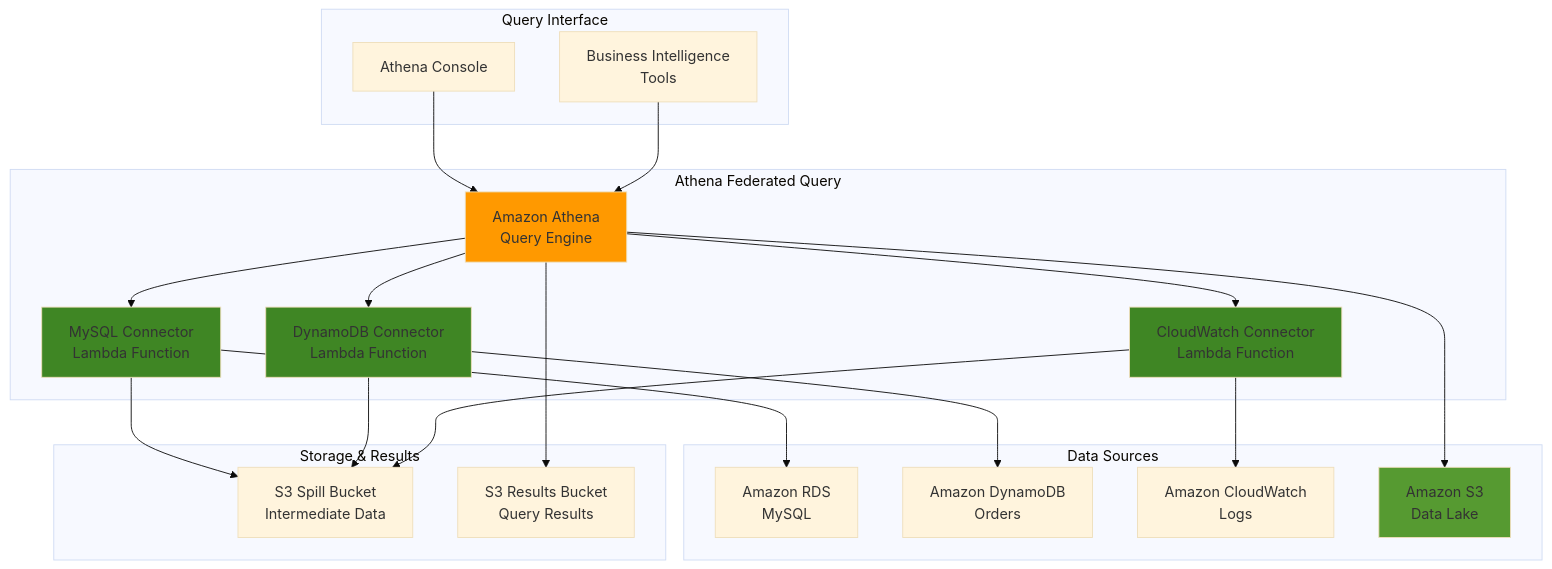
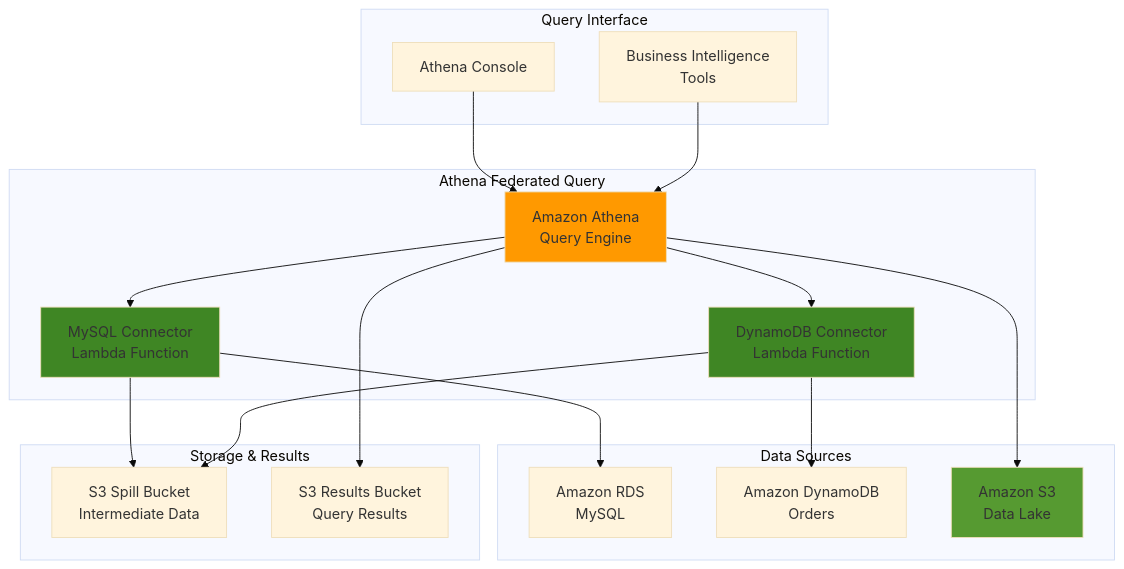
The diagram in aws/querying-data-across-sources-with-athena/querying-data-across-sources-with-athena.md (mzazon/awesome-cloud-projects), drawn with Mermaid (base theme) before and after one commit. The commit also changed other lines of this file and 5581 other files, not shown here.

````diff
--- a/aws/querying-data-across-sources-with-athena/querying-data-across-sources-with-athena.md
+++ b/aws/querying-data-across-sources-with-athena/querying-data-across-sources-with-athena.md
@@ -30,50 +30,44 @@
 ```mermaid
 graph TB
     subgraph "Data Sources"
         RDS[Amazon RDS<br/>MySQL]
         DDB[Amazon DynamoDB<br/>Orders]
-        CW[Amazon CloudWatch<br/>Logs]
         S3[Amazon S3<br/>Data Lake]
     end
     
     subgraph "Athena Federated Query"
         ATHENA[Amazon Athena<br/>Query Engine]
         CONNECTOR1[MySQL Connector<br/>Lambda Function]
         CONNECTOR2[DynamoDB Connector<br/>Lambda Function]
-        CONNECTOR3[CloudWatch Connector<br/>Lambda Function]
     end
     
     subgraph "Storage & Results"
         SPILL[S3 Spill Bucket<br/>Intermediate Data]
         RESULTS[S3 Results Bucket<br/>Query Results]
     end
     
     subgraph "Query Interface"
         CONSOLE[Athena Console]
         BI[Business Intelligence<br/>Tools]
     end
     
     CONSOLE --> ATHENA
     BI --> ATHENA
     
     ATHENA --> CONNECTOR1
     ATHENA --> CONNECTOR2
-    ATHENA --> CONNECTOR3
     ATHENA --> S3
     
     CONNECTOR1 --> RDS
     CONNECTOR2 --> DDB
-    CONNECTOR3 --> CW
     
     CONNECTOR1 --> SPILL
     CONNECTOR2 --> SPILL
-    CONNECTOR3 --> SPILL
     
     ATHENA --> RESULTS
     
     style ATHENA fill:#FF9900
     style CONNECTOR1 fill:#3F8624
     style CONNECTOR2 fill:#3F8624
-    style CONNECTOR3 fill:#3F8624
     style S3 fill:#569A31
 ```
````
